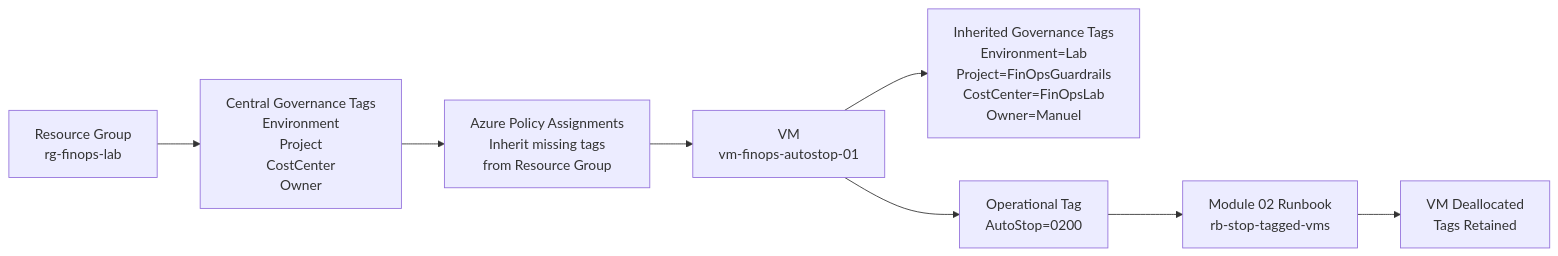
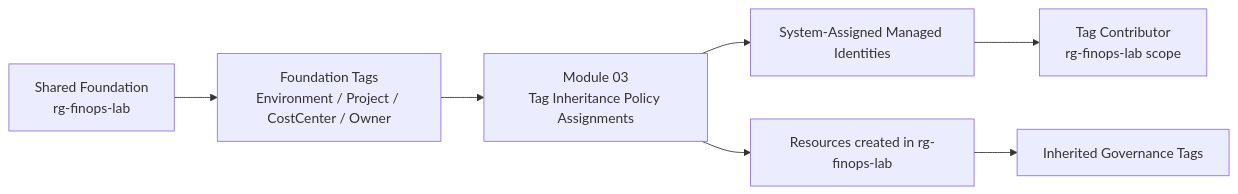
One commit to erndweinmanuel-cloud/azure-finops-governance-guardrails changed the diagram in modules/03-tag-governance-policy/README.md. Above: the diagram before and after it, drawn with Mermaid. The commit also changed other lines of this file and 2 other files, not shown here.

Commit message:
fix(finops): harden module 03 tag governance

````diff
--- a/modules/03-tag-governance-policy/README.md
+++ b/modules/03-tag-governance-policy/README.md
@@ -139,16 +83,9 @@
 ```mermaid
 flowchart LR
-    RG[Resource Group<br/>rg-finops-lab] --> RGT[Central Governance Tags<br/>Environment<br/>Project<br/>CostCenter<br/>Owner]
-
-    RGT --> AP[Azure Policy Assignments<br/>Inherit missing tags<br/>from Resource Group]
-
-    AP --> VM[VM<br/>vm-finops-autostop-01]
-
-    VM --> VT[Inherited Governance Tags<br/>Environment=Lab<br/>Project=FinOpsGuardrails<br/>CostCenter=FinOpsLab<br/>Owner=Manuel]
-
-    VM --> OT[Operational Tag<br/>AutoStop=0200]
-
-    OT --> RB[Module 02 Runbook<br/>rb-stop-tagged-vms]
-
-    RB --> DEALLOC[VM Deallocated<br/>Tags Retained]
+    F[Shared Foundation<br/>rg-finops-lab] --> T[Foundation Tags<br/>Environment / Project / CostCenter / Owner]
+    T --> P[Module 03<br/>Tag Inheritance Policy Assignments]
+    P --> MI[System-Assigned Managed Identities]
+    MI --> RBAC[Tag Contributor<br/>rg-finops-lab scope]
+    P --> R[Resources created in rg-finops-lab]
+    R --> IT[Inherited Governance Tags]
 ```
````
